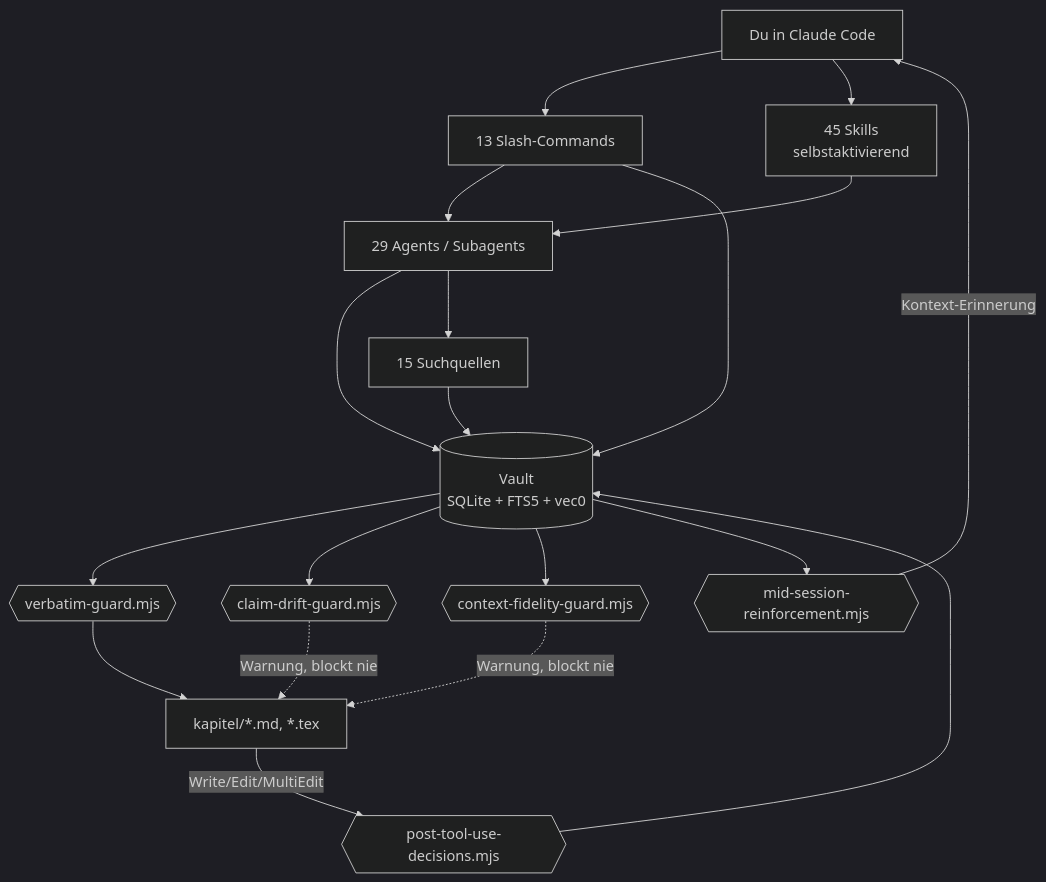
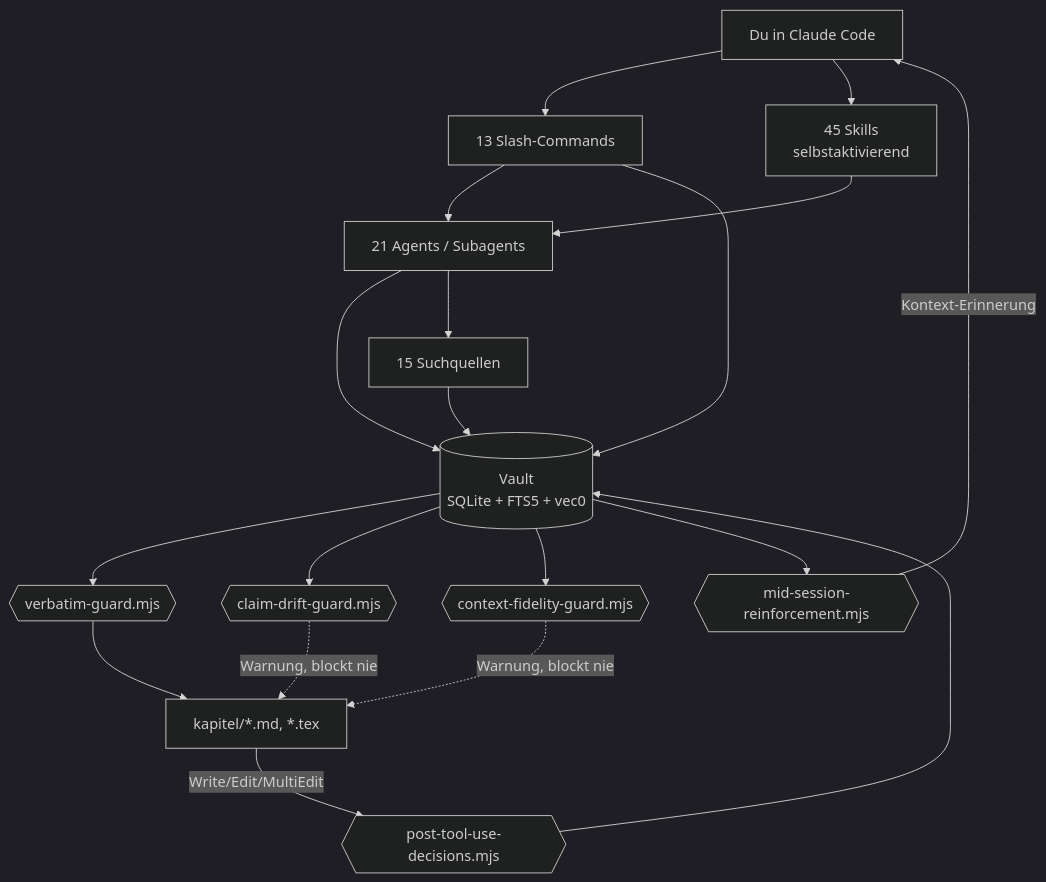
The diagram in docs/reference/architecture.md (ahlerjam/academic-research), drawn with Mermaid (dark theme) before and after one commit. The commit also changed other lines of this file and 44 other files, not shown here.

````diff
--- a/docs/reference/architecture.md
+++ b/docs/reference/architecture.md
@@ -14,23 +14,23 @@
 ```mermaid
 graph TD
     U[Du in Claude Code] --> CMD[13 Slash-Commands]
     U --> SK[45 Skills<br/>selbstaktivierend]
-    CMD --> AG[29 Agents / Subagents]
+    CMD --> AG[21 Agents / Subagents]
     SK --> AG
     AG --> V[(Vault<br/>SQLite + FTS5 + vec0)]
     CMD --> V
     AG --> Q[15 Suchquellen]
     Q --> V
 
     V --> VG{{verbatim-guard.mjs}}
     V --> CDG{{claim-drift-guard.mjs}}
     V --> CFG{{context-fidelity-guard.mjs}}
     VG --> K[kapitel/*.md, *.tex]
     CDG -.Warnung, blockt nie.-> K
     CFG -.Warnung, blockt nie.-> K
 
     K -->|Write/Edit/MultiEdit| PTD{{post-tool-use-decisions.mjs}}
     PTD --> V
     V --> MSR{{mid-session-reinforcement.mjs}}
     MSR -->|Kontext-Erinnerung| U
 ```
````
